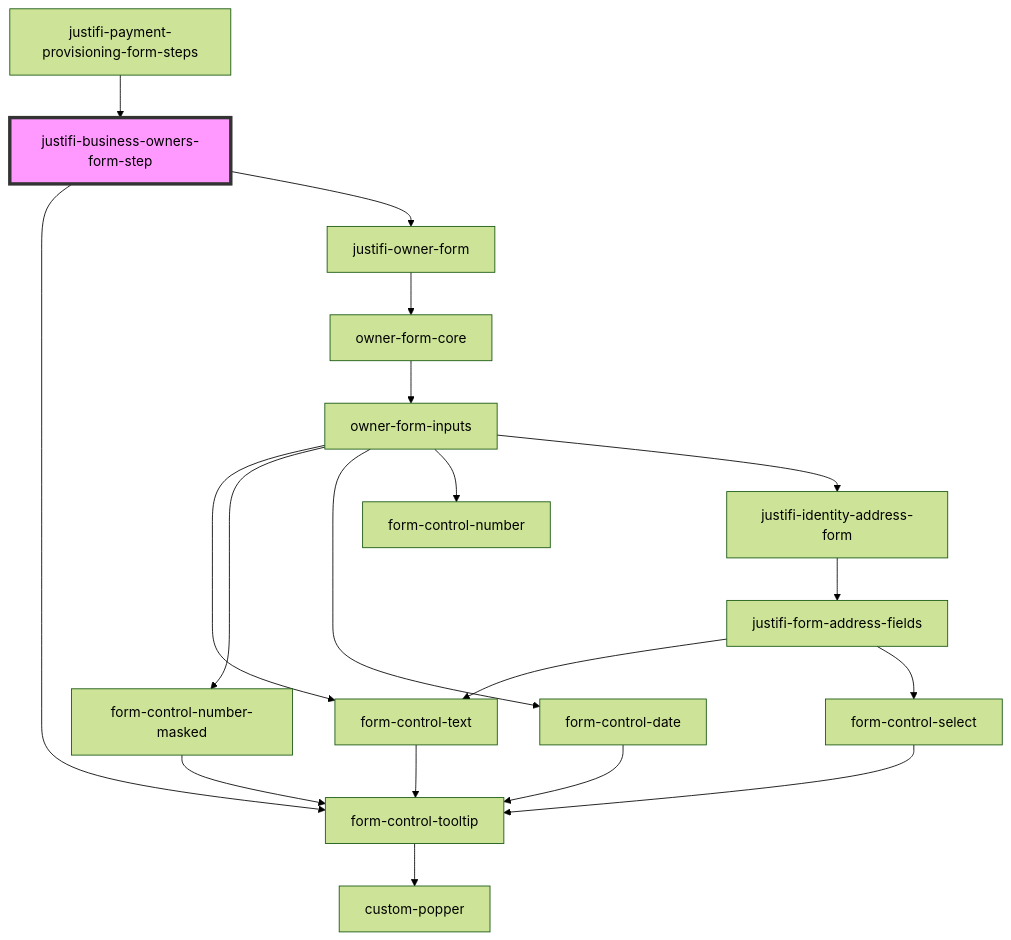
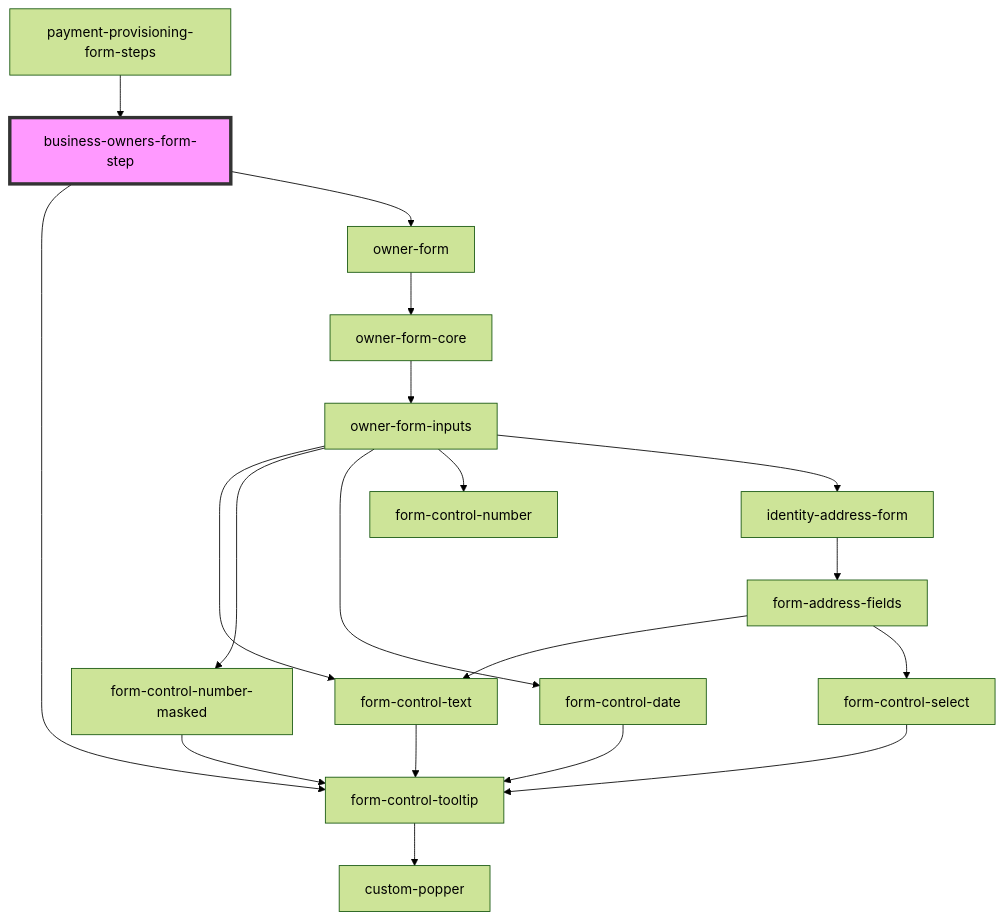
The diagram in packages/webcomponents/src/components/business-forms/payment-provisioning/business-owners/readme.md (justifi-tech/web-component-library), drawn with Mermaid (forest theme) before and after one commit. The commit also changed other lines of this file and 236 other files, not shown here.

````diff
--- a/packages/webcomponents/src/components/business-forms/payment-provisioning/business-owners/readme.md
+++ b/packages/webcomponents/src/components/business-forms/payment-provisioning/business-owners/readme.md
@@ -59,22 +59,22 @@
 ```mermaid
 graph TD;
-  justifi-business-owners-form-step --> form-control-tooltip
-  justifi-business-owners-form-step --> justifi-owner-form
+  business-owners-form-step --> form-control-tooltip
+  business-owners-form-step --> owner-form
   form-control-tooltip --> custom-popper
-  justifi-owner-form --> owner-form-core
+  owner-form --> owner-form-core
   owner-form-core --> owner-form-inputs
   owner-form-inputs --> form-control-text
   owner-form-inputs --> form-control-number-masked
   owner-form-inputs --> form-control-date
   owner-form-inputs --> form-control-number
-  owner-form-inputs --> justifi-identity-address-form
+  owner-form-inputs --> identity-address-form
   form-control-text --> form-control-tooltip
   form-control-number-masked --> form-control-tooltip
   form-control-date --> form-control-tooltip
-  justifi-identity-address-form --> justifi-form-address-fields
-  justifi-form-address-fields --> form-control-text
-  justifi-form-address-fields --> form-control-select
+  identity-address-form --> form-address-fields
+  form-address-fields --> form-control-text
+  form-address-fields --> form-control-select
   form-control-select --> form-control-tooltip
-  justifi-payment-provisioning-form-steps --> justifi-business-owners-form-step
-  style justifi-business-owners-form-step fill:#f9f,stroke:#333,stroke-width:4px
+  payment-provisioning-form-steps --> business-owners-form-step
+  style business-owners-form-step fill:#f9f,stroke:#333,stroke-width:4px
 ```
````
